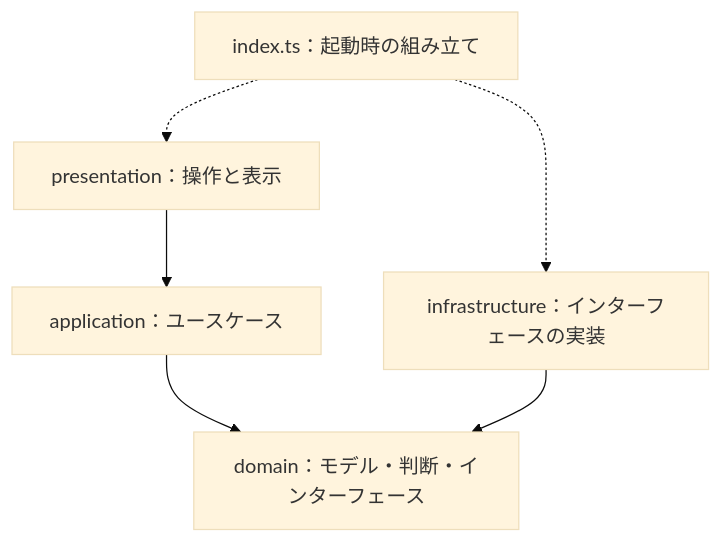
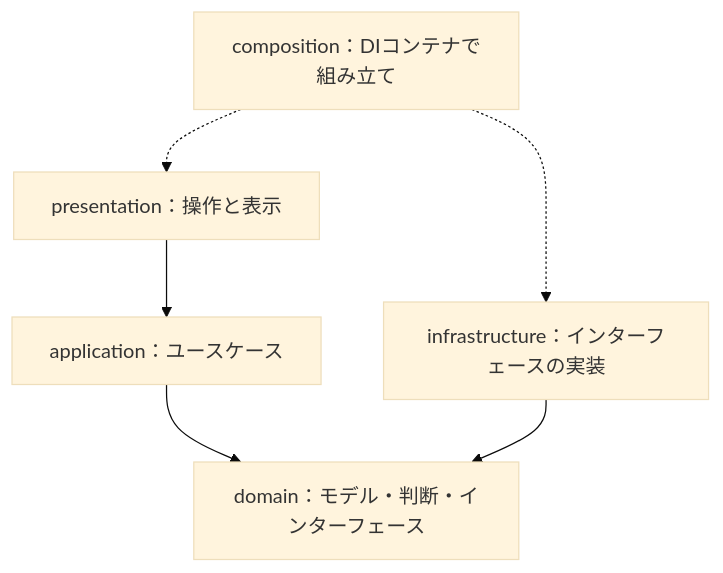
One commit to tamito0201/promari-toolkit changed the second of 2 diagrams in plugins/promari-sns-share/docs/architecture.md. Above: the diagram before and after it, drawn with Mermaid (base theme). The commit also changed other lines of this file and 14 other files, not shown here.

````diff
--- a/plugins/promari-sns-share/docs/architecture.md
+++ b/plugins/promari-sns-share/docs/architecture.md
@@ -112,8 +121,8 @@
 ```mermaid
 flowchart TB
     P["presentation：操作と表示"] --> A["application：ユースケース"]
     A --> D["domain：モデル・判断・インターフェース"]
     I["infrastructure：インターフェースの実装"] --> D
-    R["index.ts：起動時の組み立て"] -.-> P
+    R["composition：DIコンテナで組み立て"] -.-> P
     R -.-> I
 ```
````
